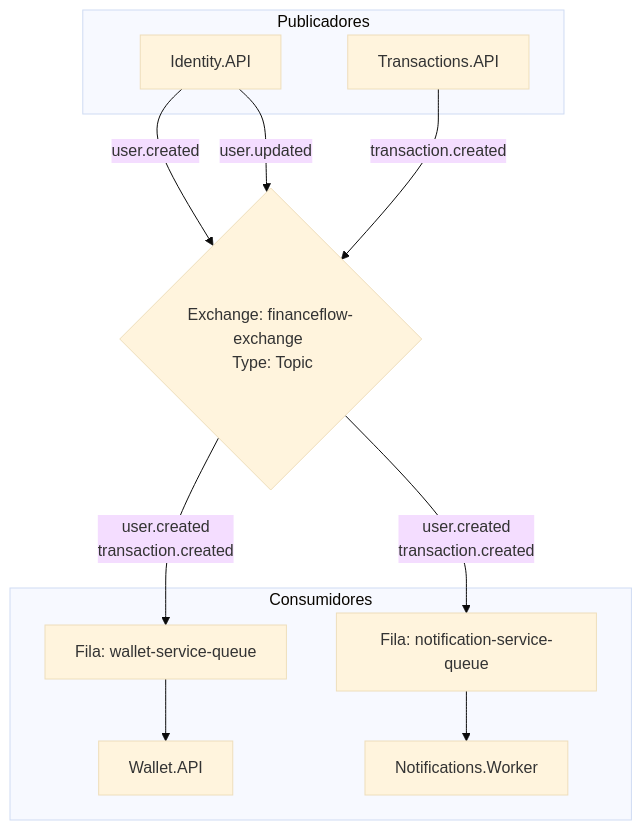
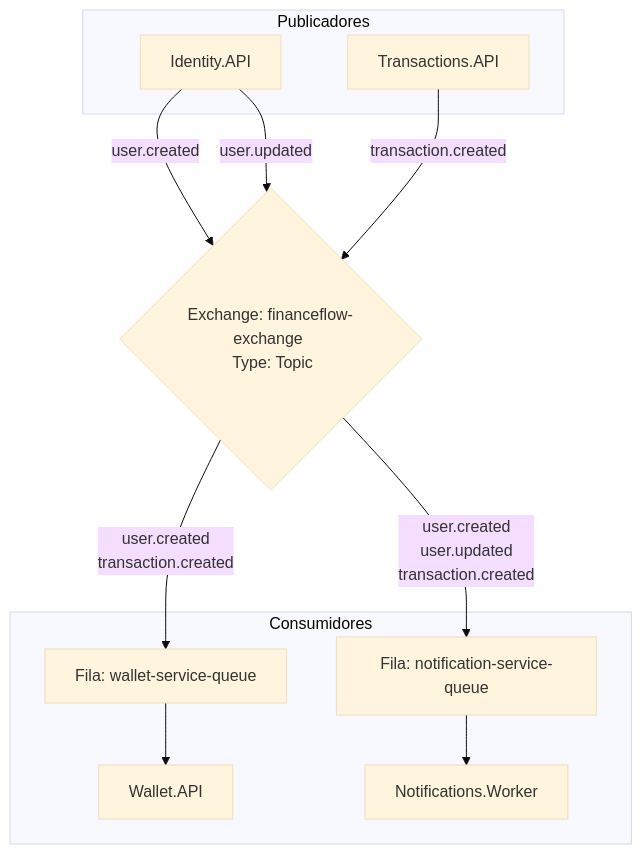
Before and after one commit to IgorAnthonyy/FinanceFlow: the diagram in README.md, drawn with Mermaid (base theme). The commit also changed other lines of this file, not shown here.

Commit message:
docs: update architecture documentation to reflect .NET 10 upgrade and OpenTelemetry integration with Jaeger

````diff
--- a/README.md
+++ b/README.md
@@ -35,25 +79,26 @@
 ```mermaid
 graph TD
     %% Publishers
     subgraph Publicadores
         Identity[Identity.API]
         Transactions[Transactions.API]
     end
 
     %% Exchange
     Exchange{Exchange: financeflow-exchange <br/> Type: Topic}
 
     %% Queues
     subgraph Consumidores
         WalletQueue[Fila: wallet-service-queue] --> WalletService[Wallet.API]
         NotifyQueue[Fila: notification-service-queue] --> NotifyWorker[Notifications.Worker]
     end
 
-    %% Links
+    %% Links — Publishers para Exchange
     Identity -- "user.created" --> Exchange
     Identity -- "user.updated" --> Exchange
     Transactions -- "transaction.created" --> Exchange
 
+    %% Links — Exchange para filas (Wallet NÃO consome user.updated)
     Exchange -- "user.created <br/> transaction.created" --> WalletQueue
-    Exchange -- "user.created <br/> transaction.created" --> NotifyQueue
+    Exchange -- "user.created <br/> user.updated <br/> transaction.created" --> NotifyQueue
 ```
````
